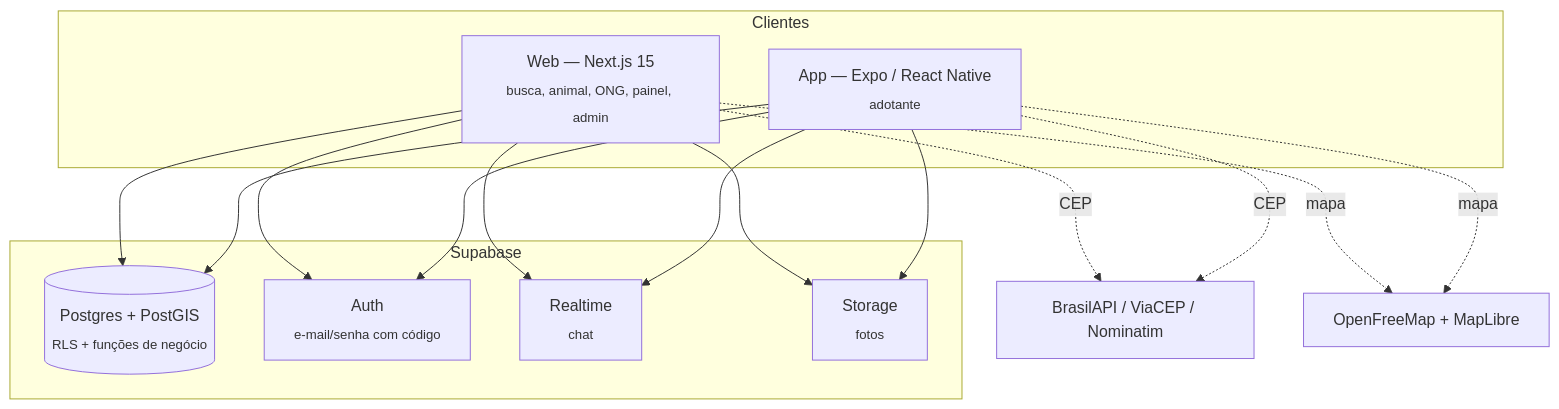
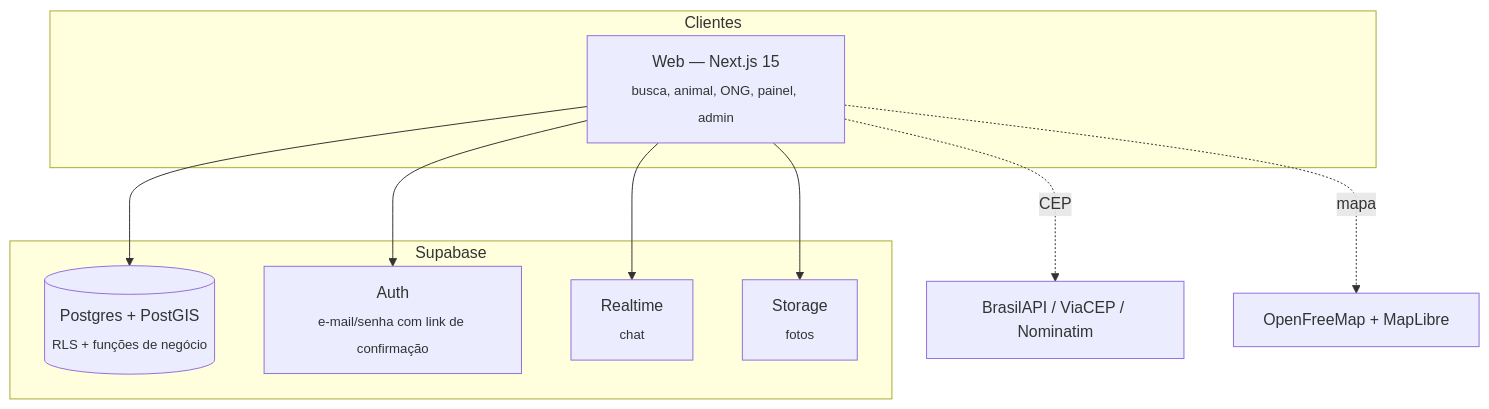
The second of 2 diagrams in README.md (patrickgit0/pet-app), drawn with Mermaid before and after one commit. The commit also changed other lines of this file and 153 other files, not shown here.

````diff
--- a/README.md
+++ b/README.md
@@ -115,16 +110,15 @@
 ```mermaid
 flowchart TB
   subgraph Clientes
     W[Web — Next.js 15<br/><sub>busca, animal, ONG, painel, admin</sub>]
-    M[App — Expo / React Native<br/><sub>adotante</sub>]
   end
   subgraph Supabase
     PG[(Postgres + PostGIS<br/><sub>RLS + funções de negócio</sub>)]
-    AU[Auth<br/><sub>e-mail/senha com código</sub>]
+    AU[Auth<br/><sub>e-mail/senha com link de confirmação</sub>]
     RT[Realtime<br/><sub>chat</sub>]
     ST[Storage<br/><sub>fotos</sub>]
   end
-  W & M --> AU & PG & RT & ST
-  W & M -. CEP .-> BR[BrasilAPI / ViaCEP / Nominatim]
-  W & M -. mapa .-> OFM[OpenFreeMap + MapLibre]
+  W --> AU & PG & RT & ST
+  W -. CEP .-> BR[BrasilAPI / ViaCEP / Nominatim]
+  W -. mapa .-> OFM[OpenFreeMap + MapLibre]
 ```
````
